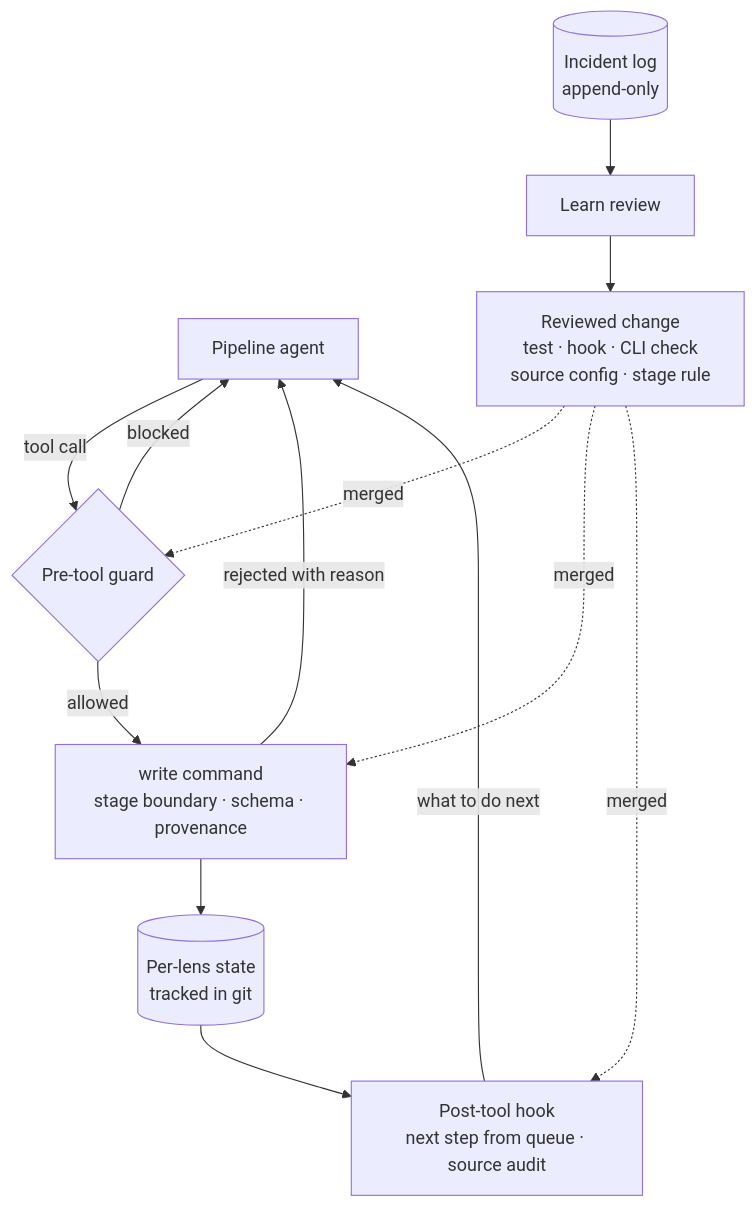
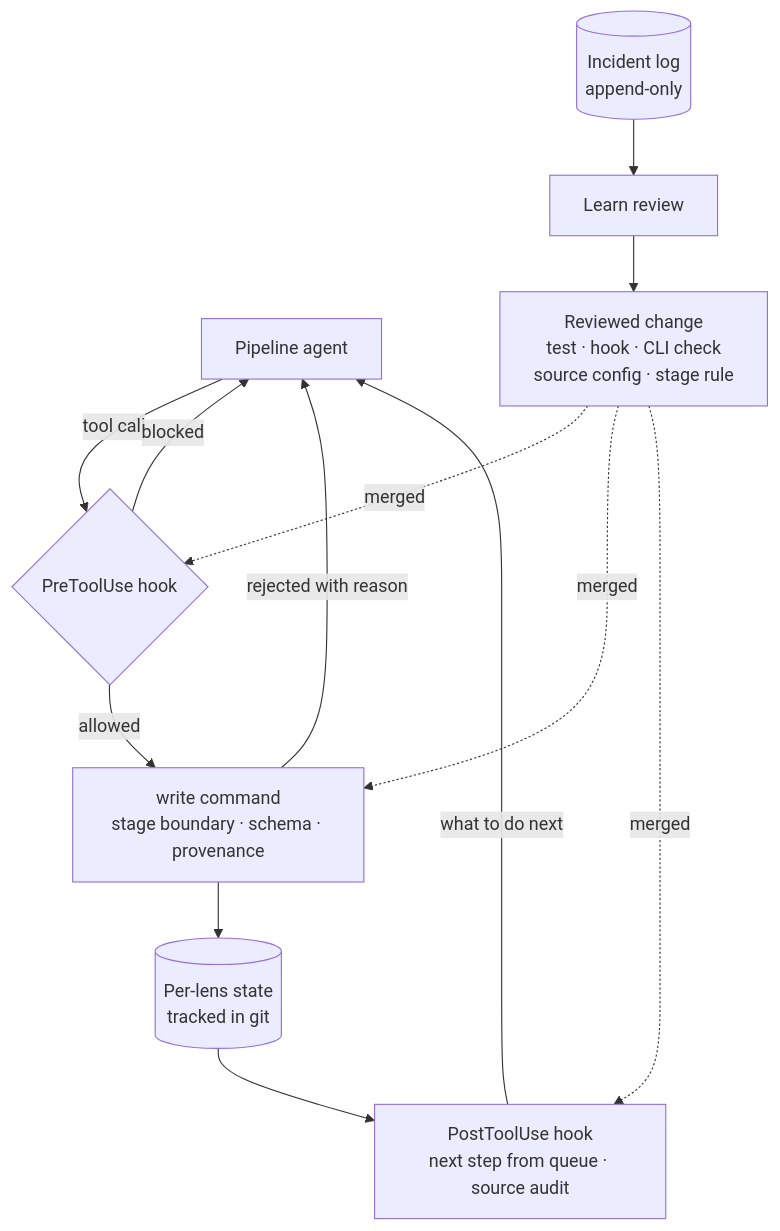
The third of 3 diagrams in README.md (sentacraft/atlens), drawn with Mermaid before and after one commit. The commit also changed other lines of this file, not shown here.

Commit message:
docs: name the pipeline's agents, bots, and judges precisely, with figures

````diff
--- a/README.md
+++ b/README.md
@@ -187,13 +191,13 @@
 ```mermaid
 flowchart TD
-  AGENT["Pipeline agent"] -->|"tool call"| GUARD{"Pre-tool guard"}
+  AGENT["Pipeline agent"] -->|"tool call"| GUARD{"PreToolUse hook"}
   GUARD -->|"blocked"| AGENT
   GUARD -->|"allowed"| WRITE["write command<br/>stage boundary · schema · provenance"]
   WRITE -->|"rejected with reason"| AGENT
   WRITE --> STATE[("Per-lens state<br/>tracked in git")]
-  STATE --> HOOK["Post-tool hook<br/>next step from queue · source audit"]
+  STATE --> HOOK["PostToolUse hook<br/>next step from queue · source audit"]
   HOOK -->|"what to do next"| AGENT
   INCIDENT[("Incident log<br/>append-only")] --> LEARN["Learn review"]
   LEARN --> RULE["Reviewed change<br/>test · hook · CLI check<br/>source config · stage rule"]
   RULE -.->|"merged"| GUARD & WRITE & HOOK
 ```
````
